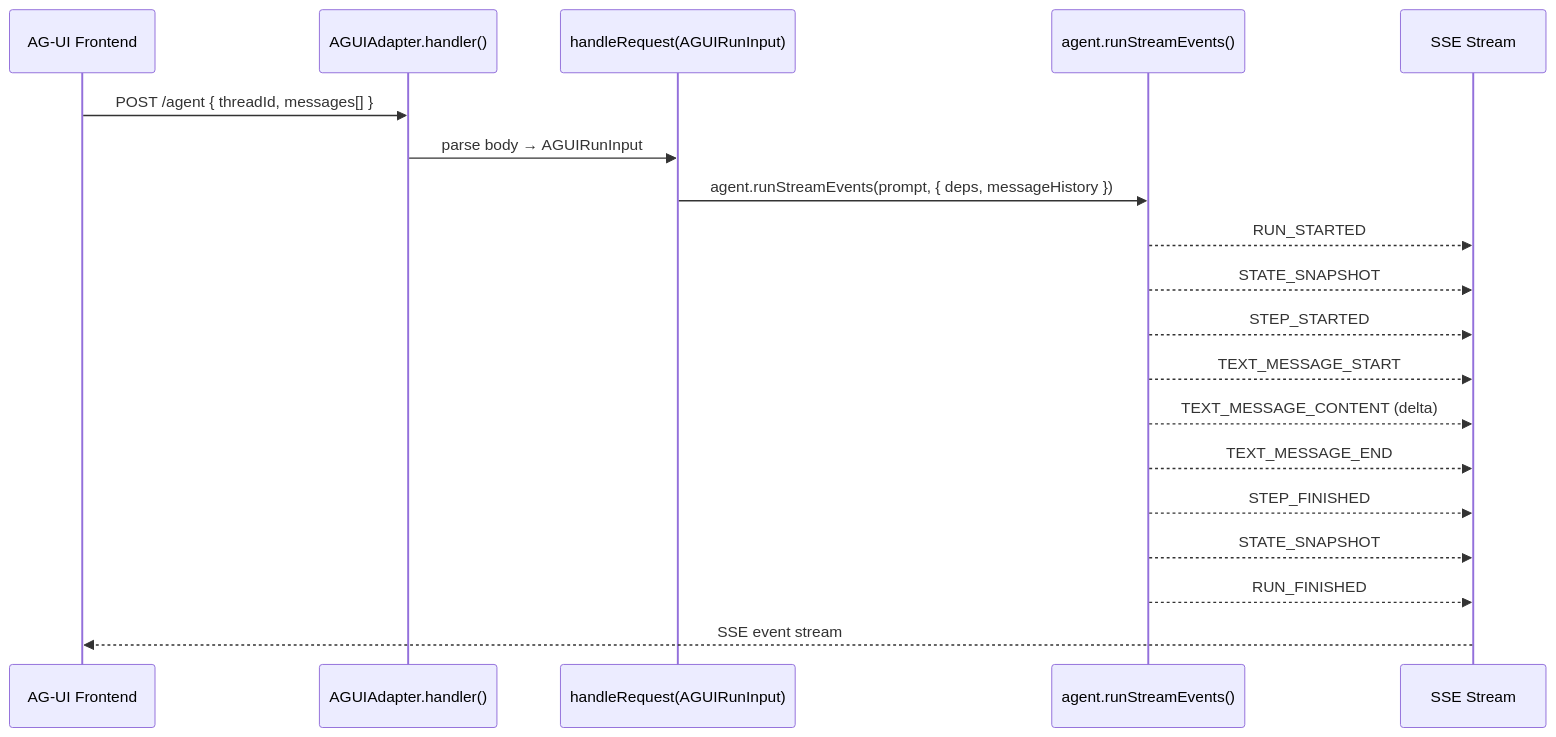
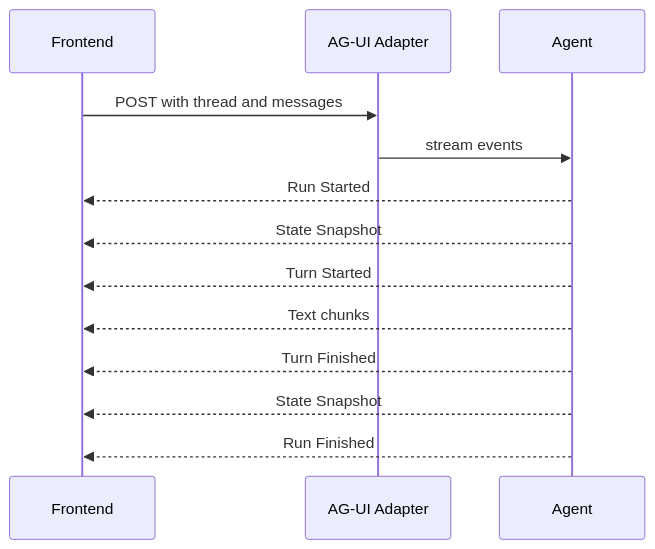
Before and after one commit to a7ul/vibes: the first of 2 diagrams in packages/framework/docs/integrations/ag-ui.mdx, drawn with Mermaid. The commit also changed other lines of this file and 26 other files, not shown here.

````diff
--- a/packages/framework/docs/integrations/ag-ui.mdx
+++ b/packages/framework/docs/integrations/ag-ui.mdx
@@ -19,22 +19,16 @@
 ```mermaid
 sequenceDiagram
-    participant F as AG-UI Frontend
-    participant H as AGUIAdapter.handler()
-    participant R as handleRequest(AGUIRunInput)
-    participant A as agent.runStreamEvents()
-    participant S as SSE Stream
+    participant F as Frontend
+    participant Adapter as AG-UI Adapter
+    participant Agent
 
-    F->>H: POST /agent { threadId, messages[] }
-    H->>R: parse body → AGUIRunInput
-    R->>A: agent.runStreamEvents(prompt, { deps, messageHistory })
-    A-->>S: RUN_STARTED
-    A-->>S: STATE_SNAPSHOT
-    A-->>S: STEP_STARTED
-    A-->>S: TEXT_MESSAGE_START
-    A-->>S: TEXT_MESSAGE_CONTENT (delta)
-    A-->>S: TEXT_MESSAGE_END
-    A-->>S: STEP_FINISHED
-    A-->>S: STATE_SNAPSHOT
-    A-->>S: RUN_FINISHED
-    S-->>F: SSE event stream
+    F->>Adapter: POST with thread and messages
+    Adapter->>Agent: stream events
+    Agent-->>F: Run Started
+    Agent-->>F: State Snapshot
+    Agent-->>F: Turn Started
+    Agent-->>F: Text chunks
+    Agent-->>F: Turn Finished
+    Agent-->>F: State Snapshot
+    Agent-->>F: Run Finished
 ```
````
